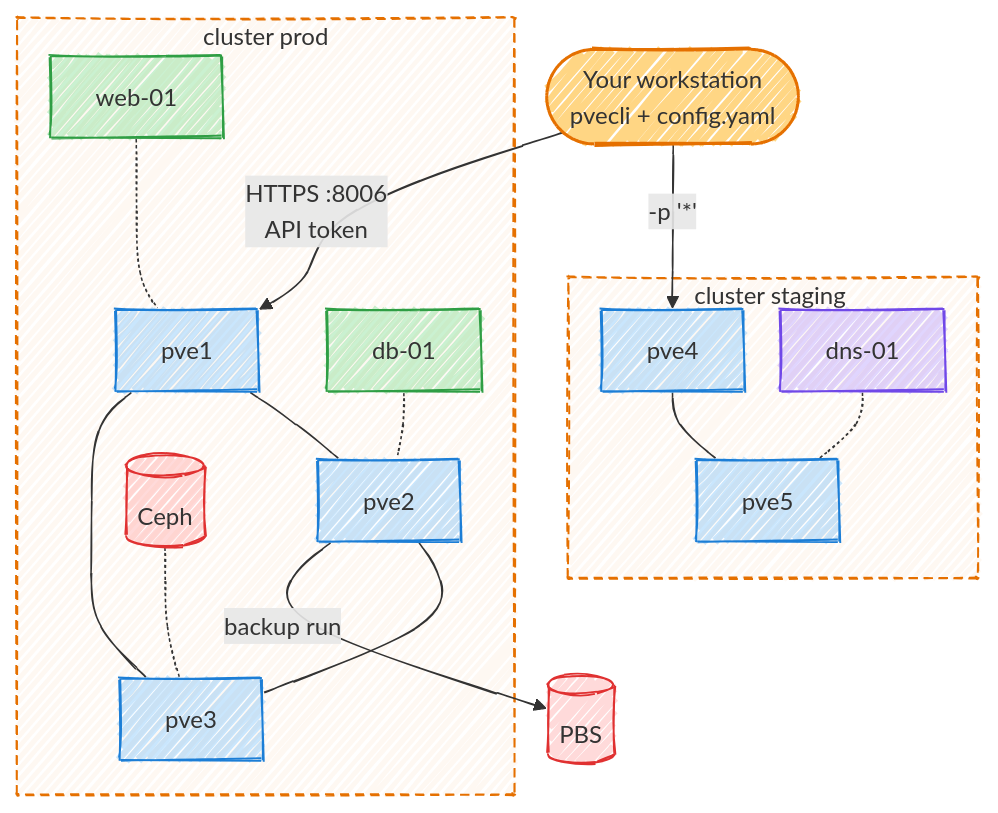
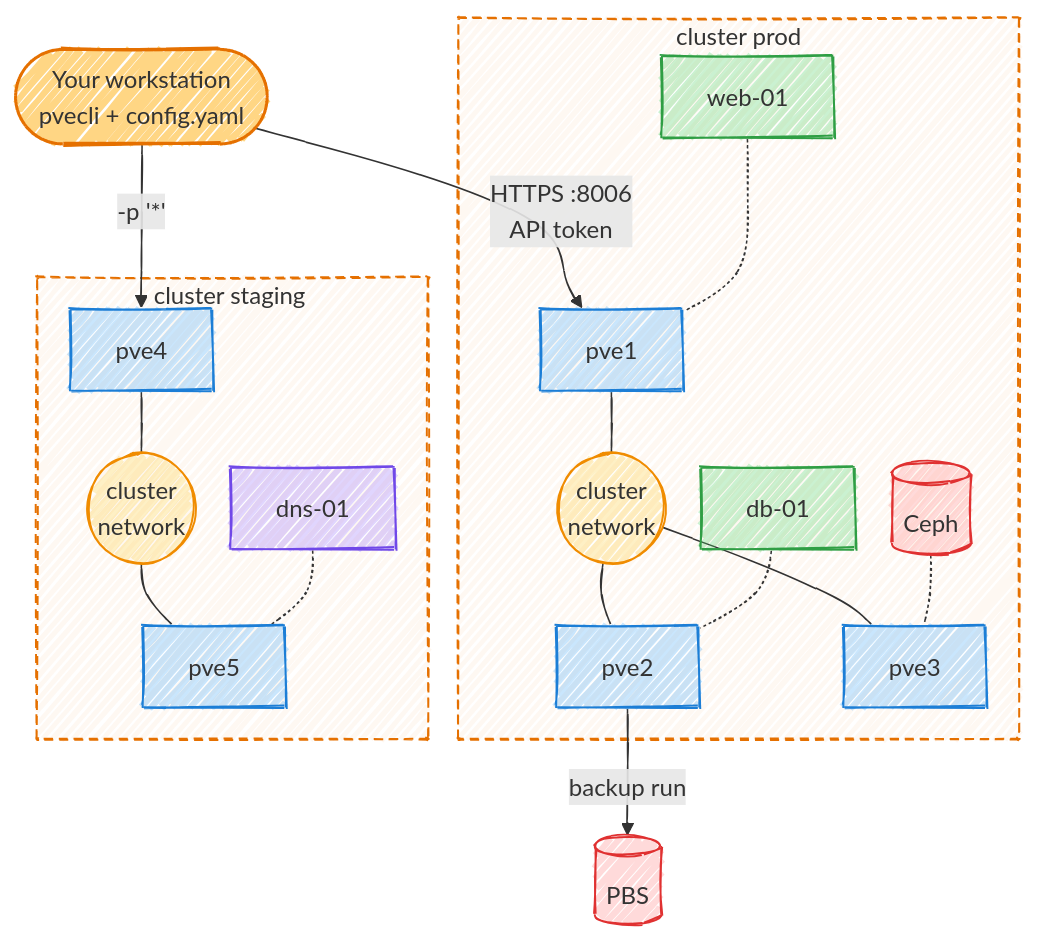
The first of 4 diagrams in docs/sample.md (Helphyy/pvecli), drawn with Mermaid before and after one commit. The commit also changed 4 other files, not shown here.

````diff
--- a/docs/sample.md
+++ b/docs/sample.md
@@ -166,34 +166,36 @@
 ```mermaid
 ---
 config:
   look: handDrawn
   flowchart:
     curve: basis
     nodeSpacing: 22
     rankSpacing: 40
 ---
 flowchart TB
   you(["Your workstation<br/>pvecli + config.yaml"]):::pv
   you -- "HTTPS :8006<br/>API token" --> p1
   you -- "-p '*'" --> s1
   subgraph prod ["cluster prod"]
-    p1["pve1"]:::host --- p2["pve2"]:::host --- p3["pve3"]:::host
-    p1 --- p3
+    p1["pve1"]:::host --- lan(("cluster<br/>network")):::net
+    lan --- p2["pve2"]:::host
+    lan --- p3["pve3"]:::host
     vm1["web-01"]:::vm -.- p1
     vm2["db-01"]:::vm -.- p2
     ceph[("Ceph")]:::store -.- p3
   end
   subgraph staging ["cluster staging#nbsp;"]
-    s1["pve4"]:::host --- s2["pve5"]:::host
+    s1["pve4"]:::host --- slan(("cluster<br/>network")):::net --- s2["pve5"]:::host
     ct1["dns-01"]:::ct -.- s2
   end
   p2 -- "backup run" --> pbs[("PBS")]:::store
 
   classDef pv fill:#ffae0b80,stroke:#e57000,stroke-width:2px
   classDef host fill:#4dabf74d,stroke:#1c7ed6
   classDef vm fill:#51cf664d,stroke:#2f9e44
   classDef ct fill:#9775fa4d,stroke:#7048e8
   classDef store fill:#ff6b6b40,stroke:#e03131
+  classDef net fill:#fcc41940,stroke:#f08c00
   classDef zone fill:#e570000d,stroke:#e57000,stroke-dasharray:6 4
   class prod,staging zone
 ```
````
